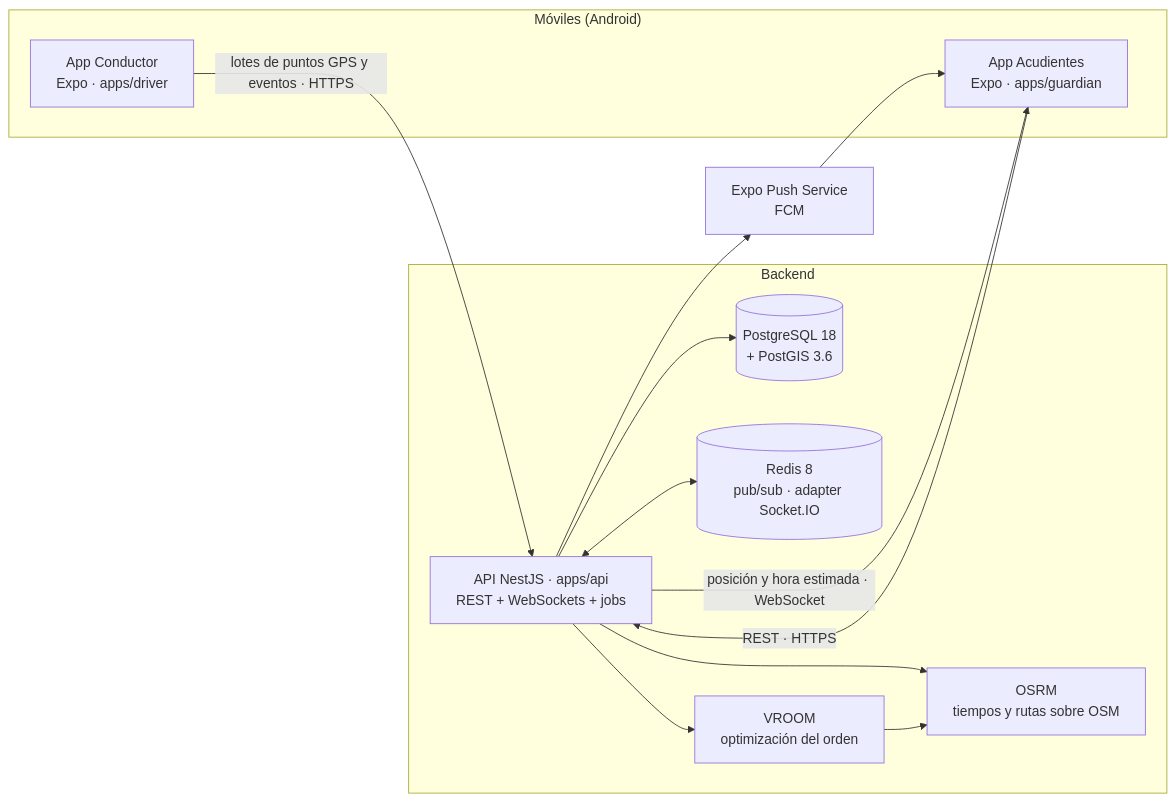
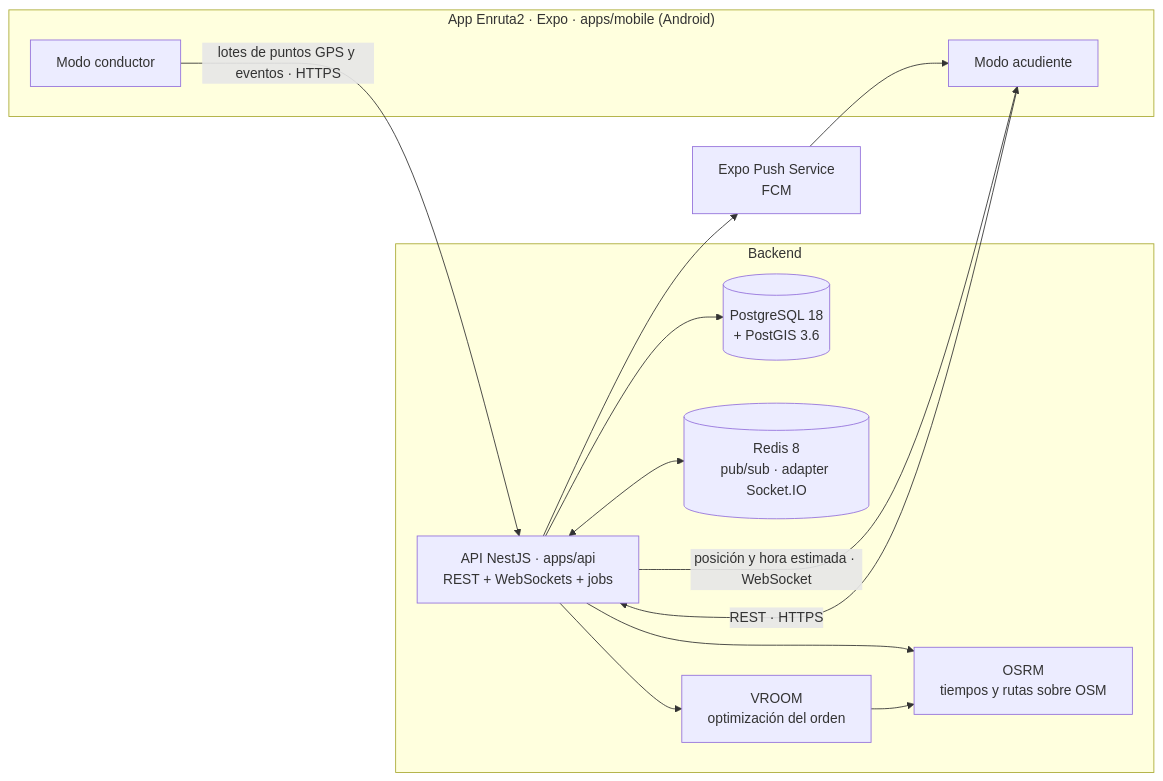
Before and after one commit to TomasPosada0626/Enruta2: the second of 2 diagrams in docs/c4/README.md, drawn with Mermaid. The commit also changed other lines of this file and 6 other files, not shown here.

````diff
--- a/docs/c4/README.md
+++ b/docs/c4/README.md
@@ -38,28 +38,28 @@
 ```mermaid
 flowchart LR
-  subgraph Moviles["Móviles (Android)"]
-    D["App Conductor<br/>Expo · apps/driver"]
-    G["App Acudientes<br/>Expo · apps/guardian"]
+  subgraph Moviles["App Enruta2 · Expo · apps/mobile (Android)"]
+    D["Modo conductor"]
+    G["Modo acudiente"]
   end
 
   subgraph Backend
     API["API NestJS · apps/api<br/>REST + WebSockets + jobs"]
     PG[("PostgreSQL 18<br/>+ PostGIS 3.6")]
     R[("Redis 8<br/>pub/sub · adapter Socket.IO")]
     OSRM["OSRM<br/>tiempos y rutas sobre OSM"]
     V["VROOM<br/>optimización del orden"]
   end
 
   PUSH["Expo Push Service<br/>FCM"]
 
   D -->|"lotes de puntos GPS y eventos · HTTPS"| API
   G -->|"REST · HTTPS"| API
   API -->|"posición y hora estimada · WebSocket"| G
   API --> PG
   API <--> R
   API --> OSRM
   API --> V
   V --> OSRM
   API --> PUSH
   PUSH --> G
 ```
````
